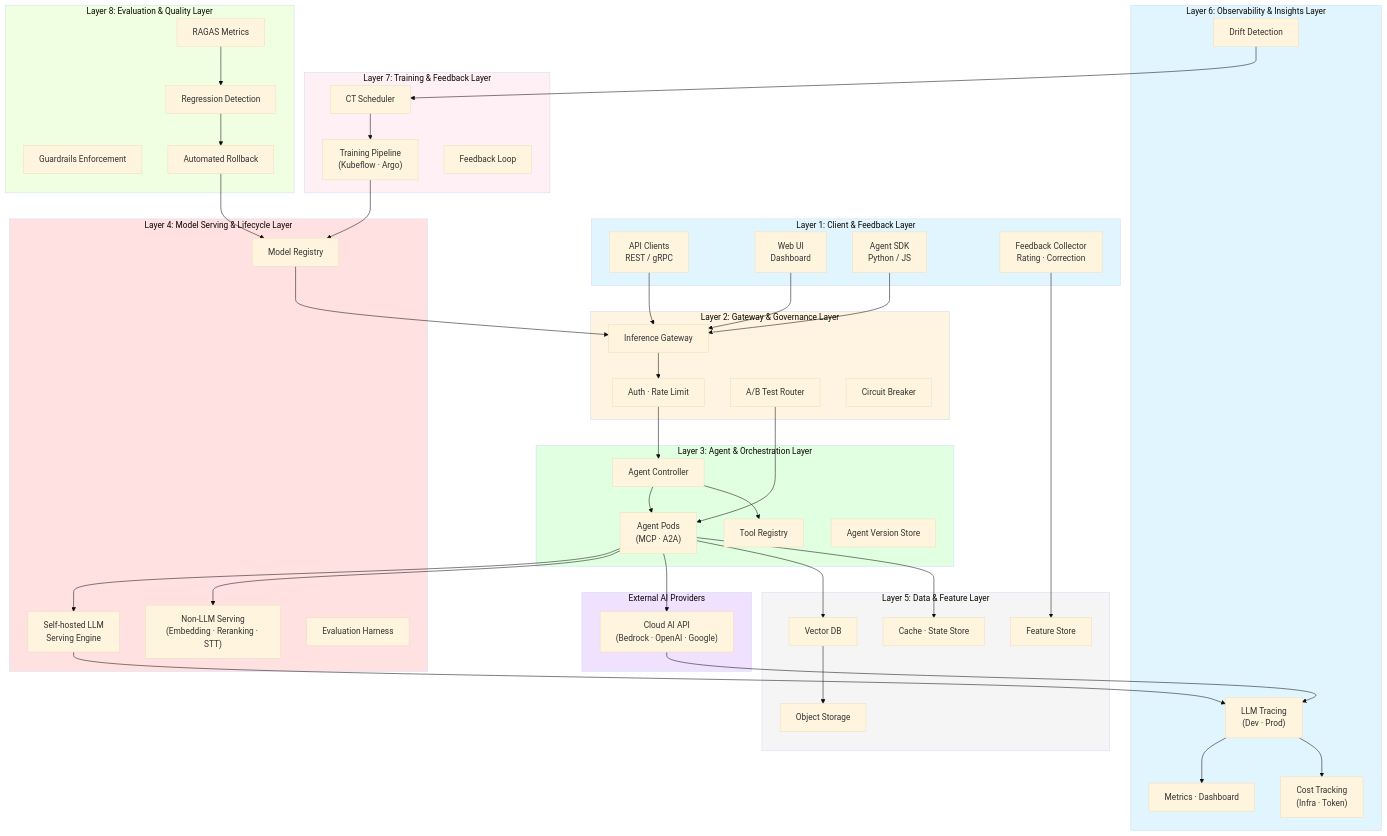
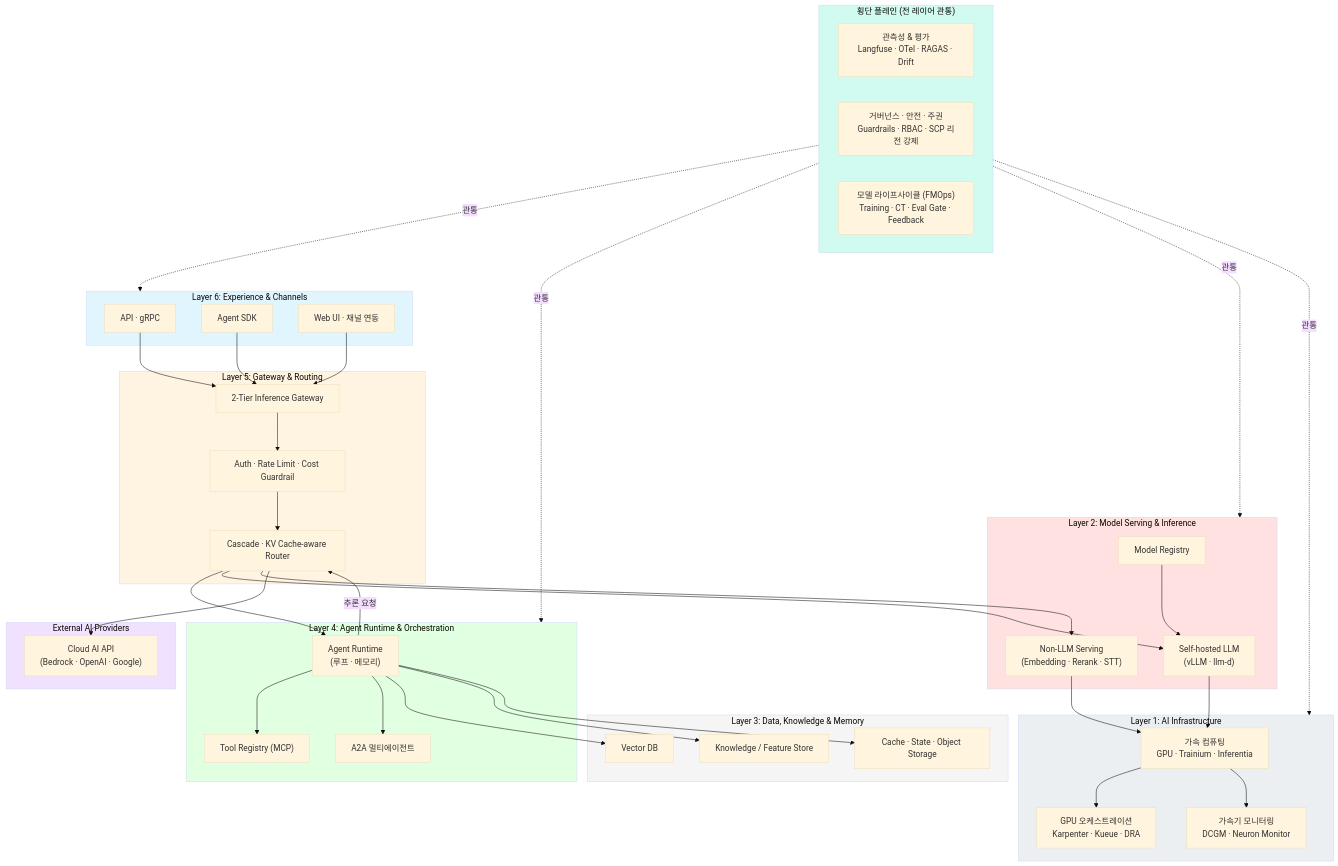
Before and after one commit to devfloor9/engineering-playbook: the first of 10 diagrams in docs/agentic-ai-platform/design-architecture/foundations/agentic-platform-architecture.md, drawn with Mermaid (base theme). The commit also changed other lines of this file and 24 other files, not shown here.

First line of the commit message:
refactor(agentic-platform): 8→6 레이어 + 3 횡단 플레인 재구성 + 소버린 배포 문서

````diff
--- a/docs/agentic-ai-platform/design-architecture/foundations/agentic-platform-architecture.md
+++ b/docs/agentic-ai-platform/design-architecture/foundations/agentic-platform-architecture.md
@@ -37,95 +50,80 @@
 ```mermaid
 flowchart TD
-    subgraph ClientLayer["Layer 1: Client & Feedback Layer"]
-        CLIENT["API Clients<br/>REST / gRPC"]
-        UI["Web UI<br/>Dashboard"]
-        SDK["Agent SDK<br/>Python / JS"]
-        FEEDBACK["Feedback Collector<br/>Rating · Correction"]
+    subgraph Planes["횡단 플레인 (전 레이어 관통)"]
+        OBS["관측성 & 평가<br/>Langfuse · OTel · RAGAS · Drift"]
+        GOV["거버넌스 · 안전 · 주권<br/>Guardrails · RBAC · SCP 리전 강제"]
+        FMOPS["모델 라이프사이클 (FMOps)<br/>Training · CT · Eval Gate · Feedback"]
     end
 
-    subgraph GatewayLayer["Layer 2: Gateway & Governance Layer"]
-        IGW["Inference Gateway"]
-        AUTH["Auth · Rate Limit"]
-        AB["A/B Test Router"]
-        CB["Circuit Breaker"]
+    subgraph L6["Layer 6: Experience & Channels"]
+        CLIENT["API · gRPC"]
+        SDK["Agent SDK"]
+        UI["Web UI · 채널 연동"]
     end
 
-    subgraph AgentLayer["Layer 3: Agent & Orchestration Layer"]
-        CTRL["Agent Controller"]
-        AGENT["Agent Pods<br/>(MCP · A2A)"]
-        TOOLS["Tool Registry"]
-        AVERSION["Agent Version Store"]
+    subgraph L5["Layer 5: Gateway & Routing"]
+        IGW["2-Tier Inference Gateway"]
+        ROUTER["Cascade · KV Cache-aware Router"]
+        AUTH["Auth · Rate Limit · Cost Guardrail"]
     end
 
-    subgraph ModelLayer["Layer 4: Model Serving & Lifecycle Layer"]
-        SELF_LLM["Self-hosted LLM<br/>Serving Engine"]
-        NONLLM["Non-LLM Serving<br/>(Embedding · Reranking · STT)"]
+    subgraph L4["Layer 4: Agent Runtime & Orchestration"]
+        AGENT["Agent Runtime<br/>(루프 · 메모리)"]
+        TOOLS["Tool Registry (MCP)"]
+        A2A["A2A 멀티에이전트"]
+    end
+
+    subgraph L3["Layer 3: Data, Knowledge & Memory"]
+        VECTOR["Vector DB"]
+        KSTORE["Knowledge / Feature Store"]
+        STATE["Cache · State · Object Storage"]
+    end
+
+    subgraph L2["Layer 2: Model Serving & Inference"]
+        SELF_LLM["Self-hosted LLM<br/>(vLLM · llm-d)"]
+        NONLLM["Non-LLM Serving<br/>(Embedding · Rerank · STT)"]
         REGISTRY["Model Registry"]
-        EVAL_HARNESS["Evaluation Harness"]
     end
 
     subgraph ExternalAI["External AI Providers"]
         PROVIDER1["Cloud AI API<br/>(Bedrock · OpenAI · Google)"]
     end
 
-    subgraph DataLayer["Layer 5: Data & Feature Layer"]
-        VECTOR["Vector DB"]
-        CACHE["Cache · State Store"]
-        STORAGE["Object Storage"]
-        FSTORE["Feature Store"]
+    subgraph L1["Layer 1: AI Infrastructure"]
+        ACCEL["가속 컴퓨팅<br/>GPU · Trainium · Inferentia"]
+        ORCH["GPU 오케스트레이션<br/>Karpenter · Kueue · DRA"]
+        ACCELOBS["가속기 모니터링<br/>DCGM · Neuron Monitor"]
     end
 
-    subgraph ObsLayer["Layer 6: Observability & Insights Layer"]
-        TRACE["LLM Tracing<br/>(Dev · Prod)"]
-        METRICS["Metrics · Dashboard"]
-        COST["Cost Tracking<br/>(Infra · Token)"]
-        DRIFT["Drift Detection"]
-    end
+    CLIENT & SDK & UI --> IGW
+    IGW --> AUTH --> ROUTER
+    ROUTER --> AGENT
+    AGENT --> TOOLS
+    AGENT --> A2A
+    AGENT --> VECTOR
+    AGENT --> KSTORE
+    AGENT --> STATE
+    AGENT -->|추론 요청| ROUTER
+    ROUTER --> SELF_LLM
+    ROUTER --> NONLLM
+    ROUTER --> PROVIDER1
+    SELF_LLM --> ACCEL
+    NONLLM --> ACCEL
+    ACCEL --> ORCH
+    ACCEL --> ACCELOBS
+    REGISTRY --> SELF_LLM
 
-    subgraph TrainLayer["Layer 7: Training & Feedback Layer"]
-        PIPELINE["Training Pipeline<br/>(Kubeflow · Argo)"]
-        CT["CT Scheduler"]
-        FLOOP["Feedback Loop"]
-    end
+    Planes -.->|관통| L6
+    Planes -.->|관통| L4
+    Planes -.->|관통| L2
+    Planes -.->|관통| L1
 
-    subgraph QualityLayer["Layer 8: Evaluation & Quality Layer"]
-        RAGAS["RAGAS Metrics"]
-        GUARD["Guardrails Enforcement"]
-        REGRESS["Regression Detection"]
-        ROLLBACK["Automated Rollback"]
-    end
-
-    CLIENT & UI & SDK --> IGW
-    FEEDBACK --> FSTORE
-    IGW --> AUTH --> CTRL
-    AB --> AGENT
-    CTRL --> AGENT
-    CTRL --> TOOLS
-    AGENT --> SELF_LLM
-    AGENT --> NONLLM
-    AGENT --> PROVIDER1
-    AGENT --> VECTOR
-    AGENT --> CACHE
-    VECTOR --> STORAGE
-    SELF_LLM --> TRACE
-    PROVIDER1 --> TRACE
-    TRACE --> METRICS
-    TRACE --> COST
-    DRIFT --> CT
-    CT --> PIPELINE
-    PIPELINE --> REGISTRY
-    REGISTRY --> IGW
-    RAGAS --> REGRESS
-    REGRESS --> ROLLBACK
-    ROLLBACK --> REGISTRY
-
-    style ClientLayer fill:#e1f5ff
-    style GatewayLayer fill:#fff4e1
-    style AgentLayer fill:#e1ffe1
-    style ModelLayer fill:#ffe1e1
+    style Planes fill:#d1faf0
+    style L6 fill:#e1f5ff
+    style L5 fill:#fff4e1
+    style L4 fill:#e1ffe1
+    style L3 fill:#f5f5f5
+    style L2 fill:#ffe1e1
     style ExternalAI fill:#f0e1ff
-    style DataLayer fill:#f5f5f5
-    style ObsLayer fill:#e1f5ff
-    style TrainLayer fill:#fff0f5
-    style QualityLayer fill:#f0ffe1
+    style L1 fill:#eceff1
 ```
````
